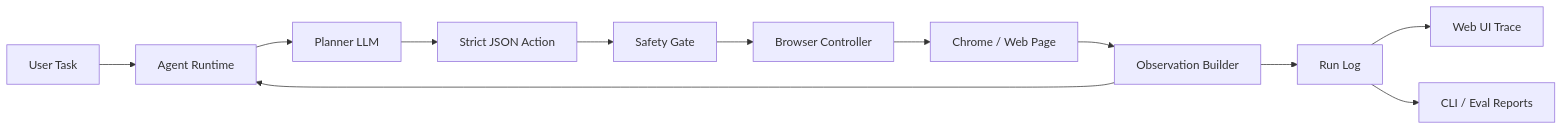
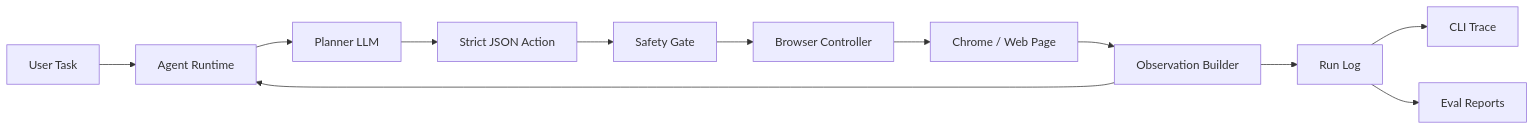
Before and after one commit to kanishkpaul/chromeclaw: the diagram in README.md, drawn with Mermaid. The commit also changed other lines of this file and 19 other files, not shown here.

````diff
--- a/README.md
+++ b/README.md
@@ -23,14 +23,14 @@
 ```mermaid
 flowchart LR
   A["User Task"] --> B["Agent Runtime"]
   B --> C["Planner LLM"]
   C --> D["Strict JSON Action"]
   D --> E["Safety Gate"]
   E --> F["Browser Controller"]
   F --> G["Chrome / Web Page"]
   G --> H["Observation Builder"]
   H --> I["Run Log"]
   H --> B
-  I --> J["Web UI Trace"]
-  I --> K["CLI / Eval Reports"]
+  I --> J["CLI Trace"]
+  I --> K["Eval Reports"]
 ```
````
